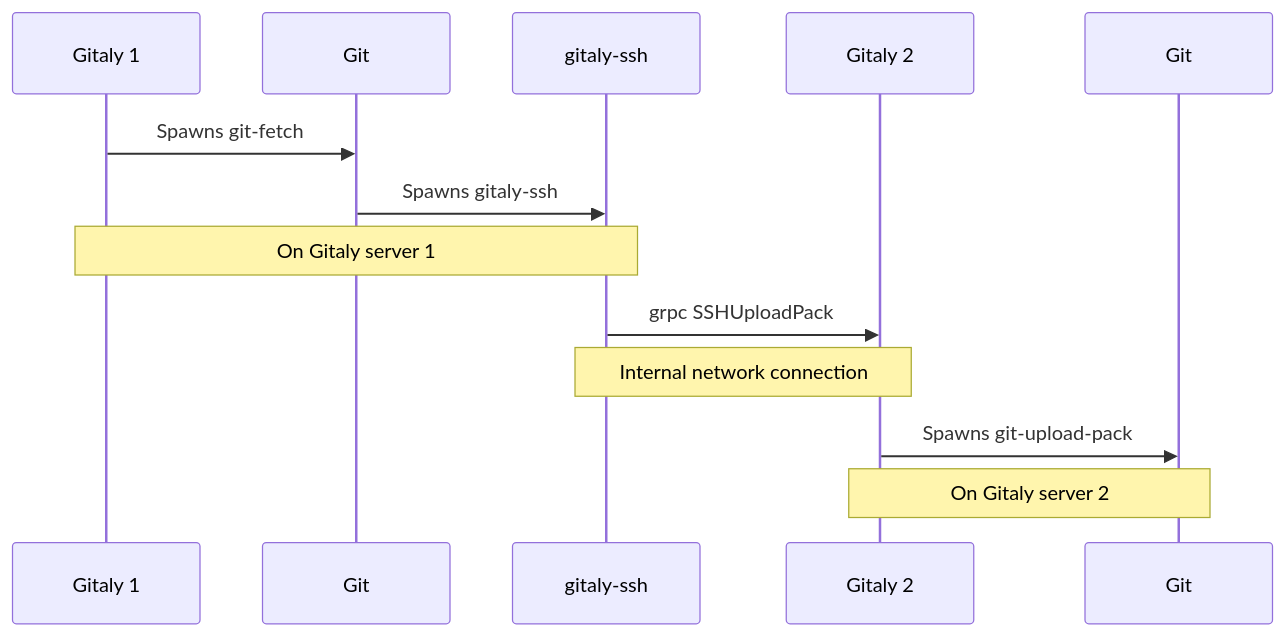
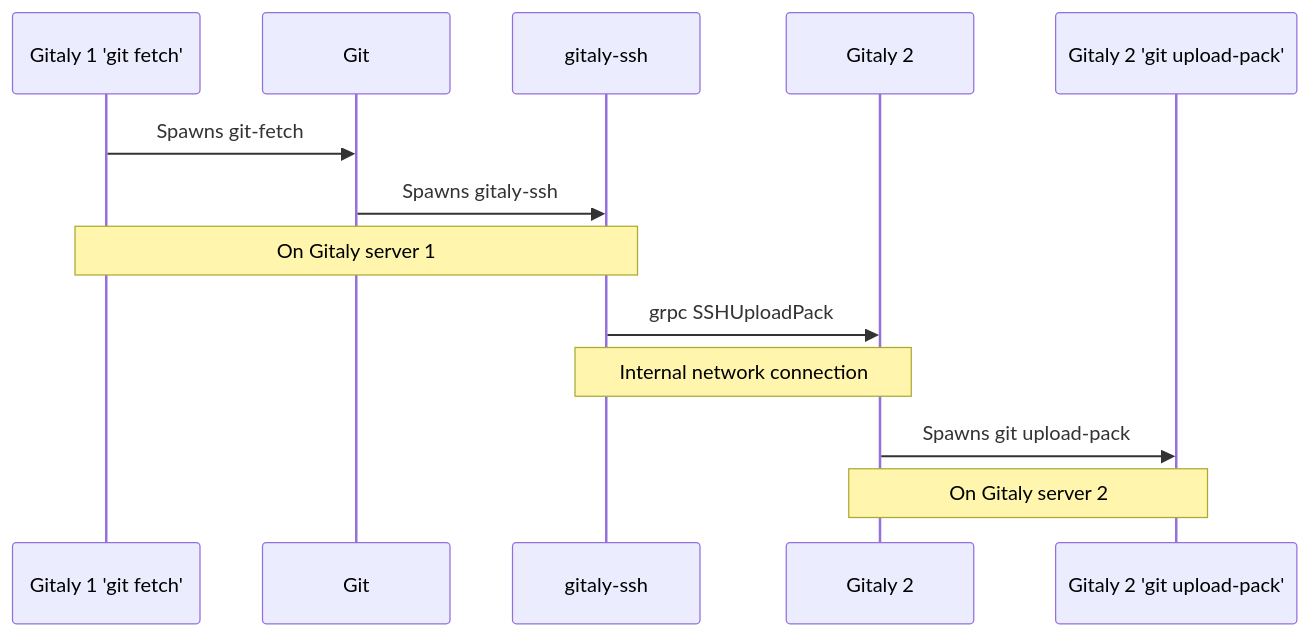
One commit to qeesung/gitaly changed the second of 2 diagrams in cmd/gitaly-ssh/README.md. Above: the diagram before and after it, drawn with Mermaid. The commit also changed other lines of this file, not shown here.

````diff
--- a/cmd/gitaly-ssh/README.md
+++ b/cmd/gitaly-ssh/README.md
@@ -41,18 +41,18 @@
 ```mermaid
 sequenceDiagram
-  participant Gitaly1 as Gitaly 1
+  participant Gitaly1 as Gitaly 1 'git fetch'
   participant Gitaly1Git as Git
   participant GitalySSH as gitaly-ssh
   participant Gitaly2 as Gitaly 2
-  participant Gitaly2Git as Git
+  participant Gitaly2Git as Gitaly 2 'git upload-pack'
 
   Gitaly1 ->> Gitaly1Git: Spawns git-fetch
   Gitaly1Git ->> GitalySSH: Spawns gitaly-ssh
   Note over Gitaly1,GitalySSH: On Gitaly server 1
 
   GitalySSH ->> Gitaly2: grpc SSHUploadPack
   Note over GitalySSH,Gitaly2: Internal network connection
 
-  Gitaly2 ->> Gitaly2Git: Spawns git-upload-pack
+  Gitaly2 ->> Gitaly2Git: Spawns git upload-pack
   Note over Gitaly2,Gitaly2Git: On Gitaly server 2
 ```
````
